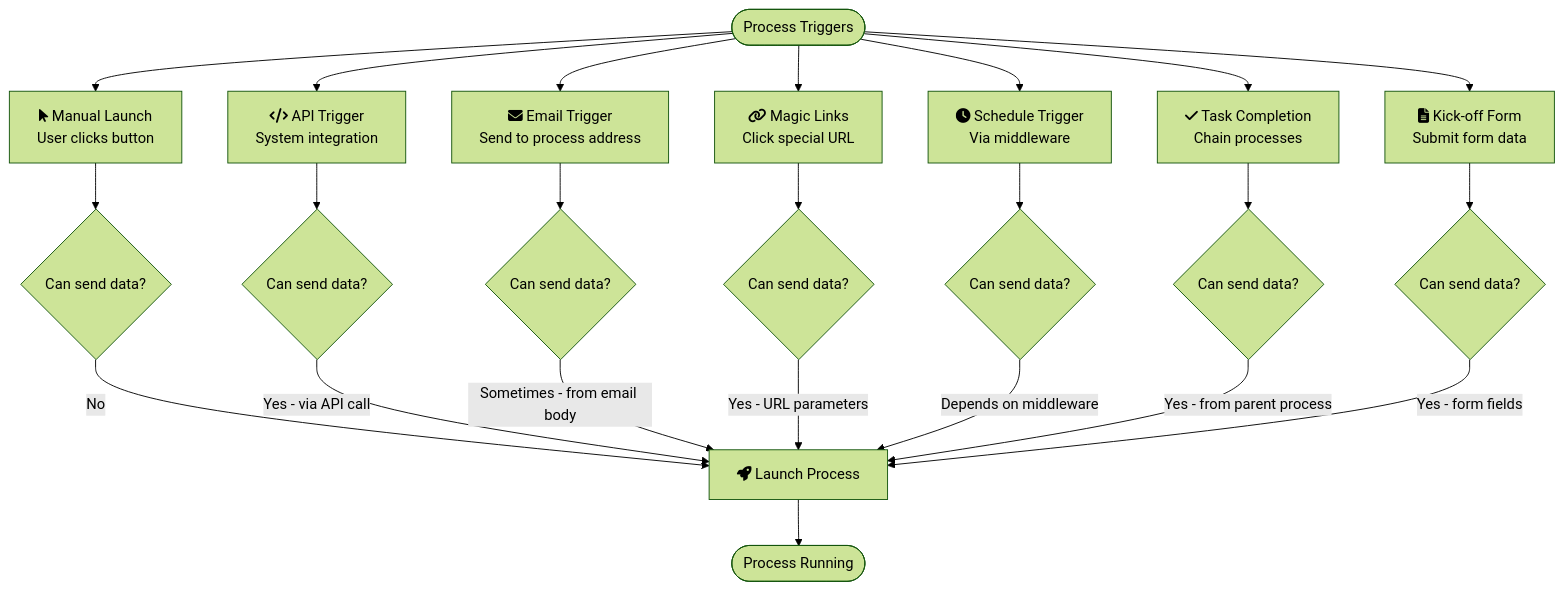
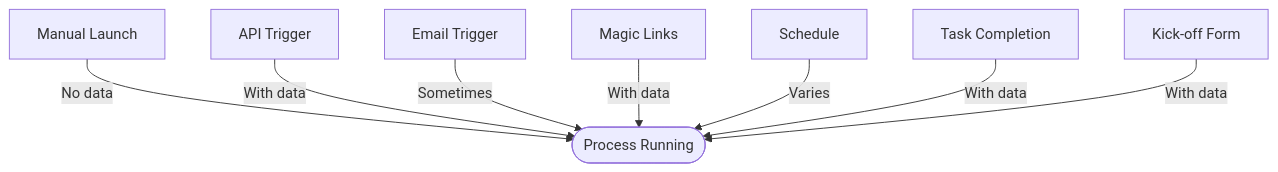
The diagram in src/content/docs/pro/launching/triggers/index.mdx (tallyfy/documentation), drawn with Mermaid before and after one commit. The commit also changed 4 other files, not shown here.

First line of the commit message:
Simplify complex Mermaid diagrams for better readability

````diff
--- a/src/content/docs/pro/launching/triggers/index.mdx
+++ b/src/content/docs/pro/launching/triggers/index.mdx
@@ -44,35 +44,18 @@
 ```mermaid
-%%{init: {'theme':'forest'}}%%
 flowchart TD
-    Start([Process Triggers]) --> Manual[fa:fa-mouse-pointer Manual Launch<br/>User clicks button]
-    Start --> API[fa:fa-code API Trigger<br/>System integration]
-    Start --> Email[fa:fa-envelope Email Trigger<br/>Send to process address]
-    Start --> Magic[fa:fa-link Magic Links<br/>Click special URL]
-    Start --> Schedule[fa:fa-clock Schedule Trigger<br/>Via middleware]
-    Start --> Task[fa:fa-check Task Completion<br/>Chain processes]
-    Start --> Form[fa:fa-file-text Kick-off Form<br/>Submit form data]
+    Manual[Manual Launch] -->|No data| Process
+    API[API Trigger] -->|With data| Process
+    Email[Email Trigger] -->|Sometimes| Process
+    Magic[Magic Links] -->|With data| Process
+    Schedule[Schedule] -->|Varies| Process
+    Task[Task Completion] -->|With data| Process
+    Form[Kick-off Form] -->|With data| Process
     
-    Manual --> DataCheck1{Can send data?}
-    API --> DataCheck2{Can send data?}
-    Email --> DataCheck3{Can send data?}
-    Magic --> DataCheck4{Can send data?}
-    Schedule --> DataCheck5{Can send data?}
-    Task --> DataCheck6{Can send data?}
-    Form --> DataCheck7{Can send data?}
-    
-    DataCheck1 -->|No| Launch[fa:fa-rocket Launch Process]
-    DataCheck2 -->|Yes - via API call| Launch
-    DataCheck3 -->|Sometimes - from email body| Launch
-    DataCheck4 -->|Yes - URL parameters| Launch
-    DataCheck5 -->|Depends on middleware| Launch
-    DataCheck6 -->|Yes - from parent process| Launch
-    DataCheck7 -->|Yes - form fields| Launch
-    
-    Launch --> Process([Process Running])
+    Process([Process Running])
     
     click API "/products/pro/launching/triggers/via-api/" "API trigger details"
     click Email "/products/pro/launching/triggers/via-email/" "Email trigger setup"
     click Magic "/products/pro/launching/triggers/magic-links/" "Magic link configuration"
     click Schedule "/products/pro/launching/triggers/via-middleware/" "Middleware scheduling"
     click Form "#kick-off-form" "Jump to form section"
 ```
````
